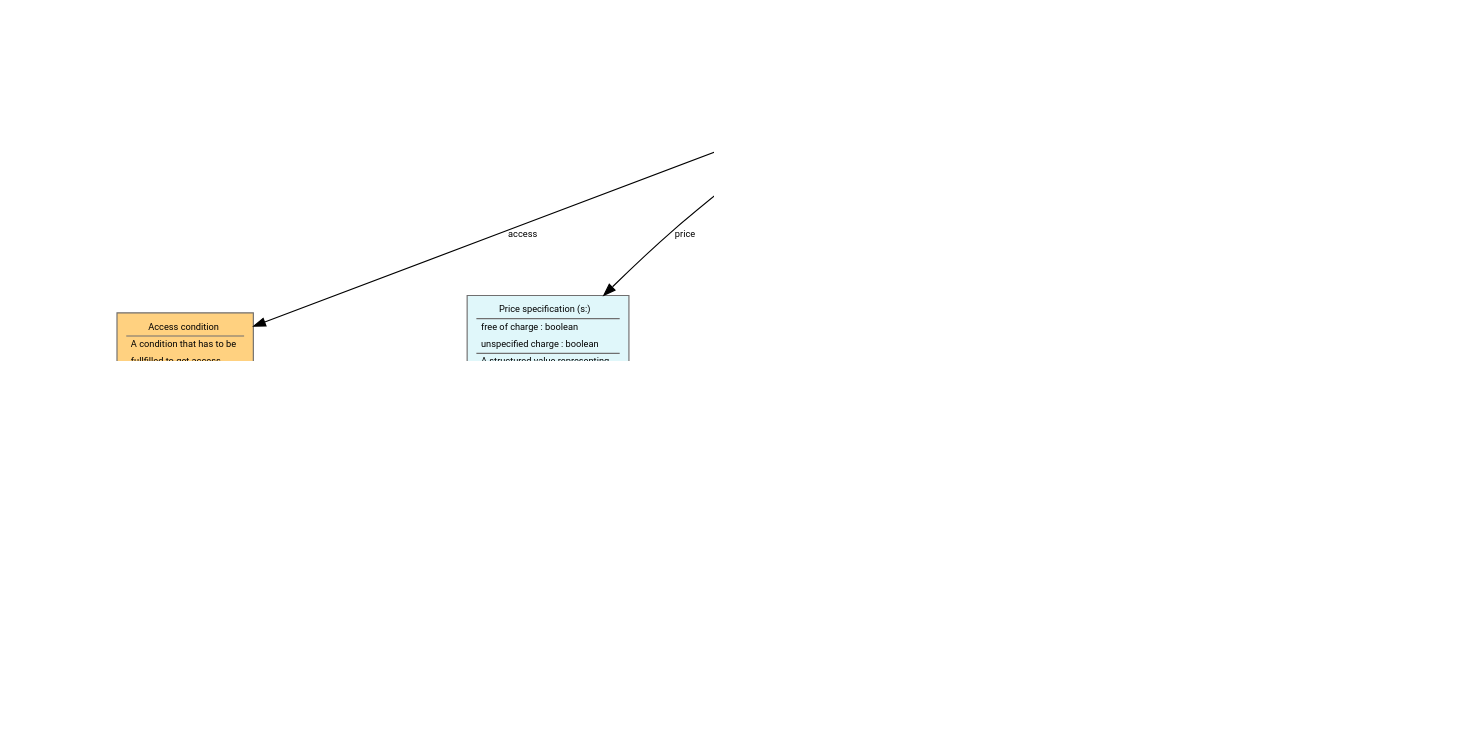
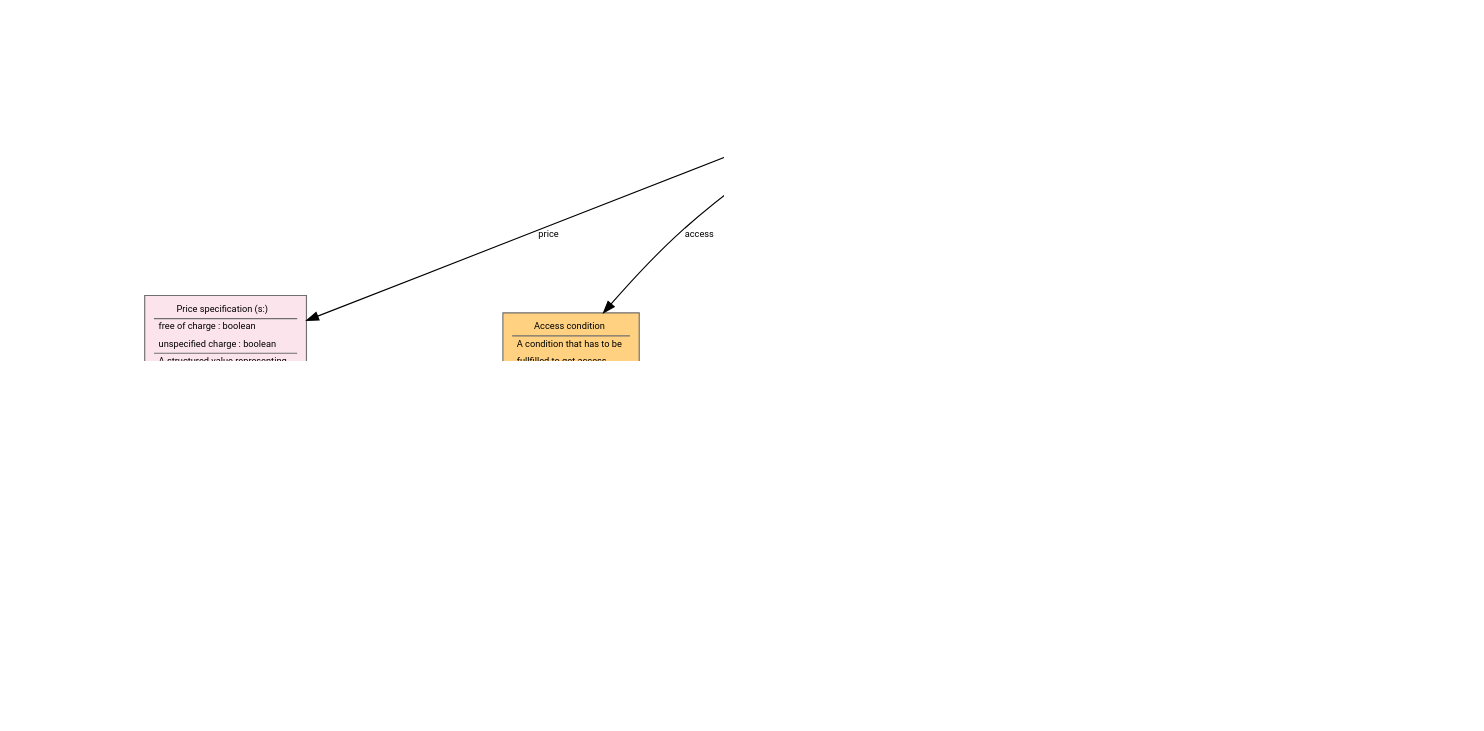
The diagram in diagrams/index.ttl.dot (vocol/mobivoc), drawn with Graphviz before and after one commit. The commit also changed 14 other files, not shown here.

```diff
--- a/diagrams/index.ttl.dot
+++ b/diagrams/index.ttl.dot
@@ -24,33 +24,33 @@
                 fontname = "Roboto"
                 fontsize = 8
         ]
+"http://schema.org/PriceSpecification" [fillcolor="#FCE4EC" fontcolor= "#000000", label=<<TABLE border="0"><TR><TD ALIGN="CENTER" HREF="http://schema.org/PriceSpecification">Price specification (s:)</TD></TR><HR/><TR><TD ALIGN="LEFT" HREF="http://schema.mobivoc.org/freeOfCharge">free of charge : boolean</TD></TR><TR><TD ALIGN="LEFT" HREF="http://schema.mobivoc.org/unspecifiedCharge">unspecified charge : boolean</TD></TR><HR/><TR><TD ALIGN="LEFT">A structured value representing</TD></TR><TR><TD ALIGN="LEFT">a price or price range for an</TD></TR><TR><TD ALIGN="LEFT">item.</TD></TR></TABLE>>]
+"http://schema.org/Vehicle" [fillcolor="#FCE4EC" fontcolor= "#000000", label=<<TABLE border="0"><TR><TD ALIGN="CENTER" HREF="http://schema.org/Vehicle">Vehicle (s:)</TD></TR><HR/><TR><TD ALIGN="LEFT">A vehicle is a device that</TD></TR><TR><TD ALIGN="LEFT">is designed or used to transport</TD></TR><TR><TD ALIGN="LEFT">people or cargo over land,</TD></TR><TR><TD ALIGN="LEFT">water, air, or through space.</TD></TR></TABLE>>]
+"http://schema.mobivoc.org/CivicStructureStatus" [fillcolor="#FFD180" fontcolor= "#000000", label=<<TABLE border="0"><TR><TD ALIGN="CENTER" HREF="http://schema.mobivoc.org/CivicStructureStatus">Civic structure status</TD></TR><HR/><TR><TD ALIGN="LEFT">Status information of a civic</TD></TR><TR><TD ALIGN="LEFT">structure.</TD></TR></TABLE>>]
+"http://schema.org/Place" [fillcolor="#FCE4EC" fontcolor= "#000000", label=<<TABLE border="0"><TR><TD ALIGN="CENTER" HREF="http://schema.org/Place">Place (s:)</TD></TR><HR/><TR><TD ALIGN="LEFT" HREF="http://www.w3.org/2003/01/geo/wgs84_pos#lat">latitude (geo:) : string</TD></TR><TR><TD ALIGN="LEFT" HREF="http://www.w3.org/2003/01/geo/wgs84_pos#long">longitude (geo:) : string</TD></TR><HR/><TR><TD ALIGN="LEFT">Entities that have a somewhat</TD></TR><TR><TD ALIGN="LEFT">fixed, physical extension.</TD></TR></TABLE>>]
+"http://schema.mobivoc.org/UserGroup" [fillcolor="#FFD180" fontcolor= "#000000", label=<<TABLE border="0"><TR><TD ALIGN="CENTER" HREF="http://schema.mobivoc.org/UserGroup">User group</TD></TR><HR/><TR><TD ALIGN="LEFT">A group of users having a</TD></TR><TR><TD ALIGN="LEFT">common characteristic.</TD></TR></TABLE>>]
+"http://schema.mobivoc.org/Action" [fillcolor="#FFD180" fontcolor= "#000000", label=<<TABLE border="0"><TR><TD ALIGN="CENTER" HREF="http://schema.mobivoc.org/Action">Action</TD></TR><HR/><TR><TD ALIGN="LEFT">Action that is done.</TD></TR></TABLE>>]
+"http://schema.org/OpeningHoursSpecification" [fillcolor="#FCE4EC" fontcolor= "#000000", label=<<TABLE border="0"><TR><TD ALIGN="CENTER" HREF="http://schema.org/OpeningHoursSpecification">Opening hours specification (s:)</TD></TR><HR/><TR><TD ALIGN="LEFT">A structured value providing</TD></TR><TR><TD ALIGN="LEFT">information about the opening</TD></TR><TR><TD ALIGN="LEFT">hours of a place or a certain</TD></TR><TR><TD ALIGN="LEFT">service inside a place.</TD></TR></TABLE>>]
 "http://schema.mobivoc.org/AccessCondition" [fillcolor="#FFD180" fontcolor= "#000000", label=<<TABLE border="0"><TR><TD ALIGN="CENTER" HREF="http://schema.mobivoc.org/AccessCondition">Access condition</TD></TR><HR/><TR><TD ALIGN="LEFT">A condition that has to be</TD></TR><TR><TD ALIGN="LEFT">fullfilled to get access</TD></TR><TR><TD ALIGN="LEFT">to a civic structure.</TD></TR></TABLE>>]
-"http://schema.mobivoc.org/Action" [fillcolor="#FFD180" fontcolor= "#000000", label=<<TABLE border="0"><TR><TD ALIGN="CENTER" HREF="http://schema.mobivoc.org/Action">Action</TD></TR><HR/><TR><TD ALIGN="LEFT">Action that is done.</TD></TR></TABLE>>]
-"http://schema.mobivoc.org/UserGroup" [fillcolor="#FFD180" fontcolor= "#000000", label=<<TABLE border="0"><TR><TD ALIGN="CENTER" HREF="http://schema.mobivoc.org/UserGroup">User group</TD></TR><HR/><TR><TD ALIGN="LEFT">A group of users having a</TD></TR><TR><TD ALIGN="LEFT">common characteristic.</TD></TR></TABLE>>]
-"http://schema.mobivoc.org/TimeSpecification" [fillcolor="#FFD180" fontcolor= "#000000", label=<<TABLE border="0"><TR><TD ALIGN="CENTER" HREF="http://schema.mobivoc.org/TimeSpecification">Time specification</TD></TR><HR/><TR><TD ALIGN="LEFT" HREF="http://schema.mobivoc.org/overnight">overnight : boolean</TD></TR><TR><TD ALIGN="LEFT" HREF="http://schema.mobivoc.org/timeUnit">time unit : string</TD></TR><TR><TD ALIGN="LEFT" HREF="http://schema.mobivoc.org/timeEndValue">time end value : float</TD></TR><TR><TD ALIGN="LEFT" HREF="http://schema.mobivoc.org/timeStartValue">time start value : float</TD></TR><HR/><TR><TD ALIGN="LEFT">Specific time a price specification</TD></TR><TR><TD ALIGN="LEFT">is due for.</TD></TR></TABLE>>]
-"http://schema.org/CivicStructure" [fillcolor="#E0F7FA" fontcolor= "#000000", label=<<TABLE border="0"><TR><TD ALIGN="CENTER" HREF="http://schema.org/CivicStructure">Civic structure (s:)</TD></TR><HR/><TR><TD ALIGN="LEFT" HREF="http://schema.mobivoc.org/id">ID : string</TD></TR><TR><TD ALIGN="LEFT" HREF="http://schema.mobivoc.org/vehicleWidthLimitInM">vehicle width limit : decimal</TD></TR><TR><TD ALIGN="LEFT" HREF="http://schema.mobivoc.org/vehicleLengthLimitInM">vehicle length limit : decimal</TD></TR><TR><TD ALIGN="LEFT" HREF="http://schema.mobivoc.org/picture">picture : string</TD></TR><TR><TD ALIGN="LEFT" HREF="http://schema.mobivoc.org/vehicleHeightLimitInM">vechicle height limit : decimal</TD></TR><TR><TD ALIGN="LEFT" HREF="http://schema.mobivoc.org/name">name : string</TD></TR><TR><TD ALIGN="LEFT" HREF="http://schema.mobivoc.org/additionalInformation">additional information : string</TD></TR><HR/><TR><TD ALIGN="LEFT">A public structure, such as a town</TD></TR><TR><TD ALIGN="LEFT">hall or concert hall, parking facility</TD></TR><TR><TD ALIGN="LEFT">or charging point.</TD></TR></TABLE>>]
-"http://schema.mobivoc.org/CivicStructureStatus" [fillcolor="#FFD180" fontcolor= "#000000", label=<<TABLE border="0"><TR><TD ALIGN="CENTER" HREF="http://schema.mobivoc.org/CivicStructureStatus">Civic structure status</TD></TR><HR/><TR><TD ALIGN="LEFT">Status information of a civic</TD></TR><TR><TD ALIGN="LEFT">structure.</TD></TR></TABLE>>]
-"http://schema.org/Vehicle" [fillcolor="#E0F7FA" fontcolor= "#000000", label=<<TABLE border="0"><TR><TD ALIGN="CENTER" HREF="http://schema.org/Vehicle">Vehicle (s:)</TD></TR><HR/><TR><TD ALIGN="LEFT">A vehicle is a device that</TD></TR><TR><TD ALIGN="LEFT">is designed or used to transport</TD></TR><TR><TD ALIGN="LEFT">people or cargo over land,</TD></TR><TR><TD ALIGN="LEFT">water, air, or through space.</TD></TR></TABLE>>]
-"http://schema.org/PaymentMethod" [fillcolor="#E0F7FA" fontcolor= "#000000", label=<<TABLE border="0"><TR><TD ALIGN="CENTER" HREF="http://schema.org/PaymentMethod">Payment method (s:)</TD></TR><HR/><TR><TD ALIGN="LEFT">A payment method is a standardized</TD></TR><TR><TD ALIGN="LEFT">procedure for transferring</TD></TR><TR><TD ALIGN="LEFT">the monetary amount for a</TD></TR><TR><TD ALIGN="LEFT">purchase. Payment methods</TD></TR><TR><TD ALIGN="LEFT">are characterized by the</TD></TR><TR><TD ALIGN="LEFT">legal and technical structures</TD></TR><TR><TD ALIGN="LEFT">used, and by the organization</TD></TR><TR><TD ALIGN="LEFT">or group carrying out the</TD></TR><TR><TD ALIGN="LEFT">transaction.</TD></TR></TABLE>>]
-"http://schema.org/Place" [fillcolor="#E0F7FA" fontcolor= "#000000", label=<<TABLE border="0"><TR><TD ALIGN="CENTER" HREF="http://schema.org/Place">Place (s:)</TD></TR><HR/><TR><TD ALIGN="LEFT" HREF="http://www.w3.org/2003/01/geo/wgs84_pos#lat">latitude (geo:) : string</TD></TR><TR><TD ALIGN="LEFT" HREF="http://www.w3.org/2003/01/geo/wgs84_pos#long">longitude (geo:) : string</TD></TR><HR/><TR><TD ALIGN="LEFT">Entities that have a somewhat</TD></TR><TR><TD ALIGN="LEFT">fixed, physical extension.</TD></TR></TABLE>>]
-"http://schema.org/OpeningHoursSpecification" [fillcolor="#E0F7FA" fontcolor= "#000000", label=<<TABLE border="0"><TR><TD ALIGN="CENTER" HREF="http://schema.org/OpeningHoursSpecification">Opening hours specification (s:)</TD></TR><HR/><TR><TD ALIGN="LEFT">A structured value providing</TD></TR><TR><TD ALIGN="LEFT">information about the opening</TD></TR><TR><TD ALIGN="LEFT">hours of a place or a certain</TD></TR><TR><TD ALIGN="LEFT">service inside a place.</TD></TR></TABLE>>]
-"http://schema.org/PriceSpecification" [fillcolor="#E0F7FA" fontcolor= "#000000", label=<<TABLE border="0"><TR><TD ALIGN="CENTER" HREF="http://schema.org/PriceSpecification">Price specification (s:)</TD></TR><HR/><TR><TD ALIGN="LEFT" HREF="http://schema.mobivoc.org/freeOfCharge">free of charge : boolean</TD></TR><TR><TD ALIGN="LEFT" HREF="http://schema.mobivoc.org/unspecifiedCharge">unspecified charge : boolean</TD></TR><HR/><TR><TD ALIGN="LEFT">A structured value representing</TD></TR><TR><TD ALIGN="LEFT">a price or price range for an</TD></TR><TR><TD ALIGN="LEFT">item.</TD></TR></TABLE>>]
-"http://schema.org/PostalAddress" [fillcolor="#E0F7FA" fontcolor= "#000000", label=<<TABLE border="0"><TR><TD ALIGN="CENTER" HREF="http://schema.org/PostalAddress">Postal address (s:)</TD></TR><HR/><TR><TD ALIGN="LEFT">The mailing address.</TD></TR></TABLE>>]
+"http://schema.org/CivicStructure" [fillcolor="#FCE4EC" fontcolor= "#000000", label=<<TABLE border="0"><TR><TD ALIGN="CENTER" HREF="http://schema.org/CivicStructure">Civic structure (s:)</TD></TR><HR/><TR><TD ALIGN="LEFT" HREF="http://schema.mobivoc.org/id">ID : string</TD></TR><TR><TD ALIGN="LEFT" HREF="http://schema.mobivoc.org/additionalInformation">additional information : string</TD></TR><TR><TD ALIGN="LEFT" HREF="http://schema.mobivoc.org/name">name : string</TD></TR><TR><TD ALIGN="LEFT" HREF="http://schema.mobivoc.org/picture">picture : string</TD></TR><TR><TD ALIGN="LEFT" HREF="http://schema.mobivoc.org/vehicleHeightLimitInM">vechicle height limit : decimal</TD></TR><TR><TD ALIGN="LEFT" HREF="http://schema.mobivoc.org/vehicleLengthLimitInM">vehicle length limit : decimal</TD></TR><TR><TD ALIGN="LEFT" HREF="http://schema.mobivoc.org/vehicleWidthLimitInM">vehicle width limit : decimal</TD></TR><HR/><TR><TD ALIGN="LEFT">A public structure, such as a town</TD></TR><TR><TD ALIGN="LEFT">hall or concert hall, parking facility</TD></TR><TR><TD ALIGN="LEFT">or charging point.</TD></TR></TABLE>>]
+"http://schema.mobivoc.org/TimeSpecification" [fillcolor="#FFD180" fontcolor= "#000000", label=<<TABLE border="0"><TR><TD ALIGN="CENTER" HREF="http://schema.mobivoc.org/TimeSpecification">Time specification</TD></TR><HR/><TR><TD ALIGN="LEFT" HREF="http://schema.mobivoc.org/overnight">overnight : boolean</TD></TR><TR><TD ALIGN="LEFT" HREF="http://schema.mobivoc.org/timeEndValue">time end value : float</TD></TR><TR><TD ALIGN="LEFT" HREF="http://schema.mobivoc.org/timeStartValue">time start value : float</TD></TR><TR><TD ALIGN="LEFT" HREF="http://schema.mobivoc.org/timeUnit">time unit : string</TD></TR><HR/><TR><TD ALIGN="LEFT">Specific time a price specification</TD></TR><TR><TD ALIGN="LEFT">is due for.</TD></TR></TABLE>>]
+"http://schema.org/PaymentMethod" [fillcolor="#FCE4EC" fontcolor= "#000000", label=<<TABLE border="0"><TR><TD ALIGN="CENTER" HREF="http://schema.org/PaymentMethod">Payment method (s:)</TD></TR><HR/><TR><TD ALIGN="LEFT">A payment method is a standardized</TD></TR><TR><TD ALIGN="LEFT">procedure for transferring</TD></TR><TR><TD ALIGN="LEFT">the monetary amount for a</TD></TR><TR><TD ALIGN="LEFT">purchase. Payment methods</TD></TR><TR><TD ALIGN="LEFT">are characterized by the</TD></TR><TR><TD ALIGN="LEFT">legal and technical structures</TD></TR><TR><TD ALIGN="LEFT">used, and by the organization</TD></TR><TR><TD ALIGN="LEFT">or group carrying out the</TD></TR><TR><TD ALIGN="LEFT">transaction.</TD></TR></TABLE>>]
+"http://schema.org/PostalAddress" [fillcolor="#FCE4EC" fontcolor= "#000000", label=<<TABLE border="0"><TR><TD ALIGN="CENTER" HREF="http://schema.org/PostalAddress">Postal address (s:)</TD></TR><HR/><TR><TD ALIGN="LEFT">The mailing address.</TD></TR></TABLE>>]
+"http://schema.mobivoc.org/AccessCondition" -> "http://schema.mobivoc.org/Action" [href="http://schema.mobivoc.org/action", label="action"]
+"http://schema.org/PriceSpecification" -> "http://schema.mobivoc.org/TimeSpecification" [href="http://schema.mobivoc.org/dueForTime", label="due for time"]
+"http://schema.org/CivicStructure" -> "http://schema.mobivoc.org/AccessCondition" [href="http://schema.mobivoc.org/access", label="access"]
+"http://schema.org/CivicStructure" -> "http://schema.org/OpeningHoursSpecification" [href="http://schema.org/openingHoursSpecification", label="opening hours specification (s:)"]
+"http://schema.mobivoc.org/AccessCondition" -> "http://schema.org/Vehicle" [href="http://schema.mobivoc.org/restrictedToVehicleType", label="restricted to vehicle type"]
+"http://schema.mobivoc.org/AccessCondition" -> "http://schema.mobivoc.org/UserGroup" [href="http://schema.mobivoc.org/restrictedToGroup", label="restricted to user group"]
 "http://schema.mobivoc.org/UserGroup" -> "http://purl.org/goodrelations/v1#BusinessEntity" [href="http://schema.mobivoc.org/customerOf", label="customer of
 employee of"]
-"http://schema.mobivoc.org/AccessCondition" -> "http://schema.org/Vehicle" [href="http://schema.mobivoc.org/restrictedToVehicleType", label="restricted to vehicle type"]
-"http://schema.org/PriceSpecification" -> "http://schema.mobivoc.org/UserGroup" [href="http://schema.mobivoc.org/validForGroup", label="valid for user group"]
-"http://schema.org/PriceSpecification" -> "http://schema.mobivoc.org/TimeSpecification" [href="http://schema.mobivoc.org/dueForTime", label="due for time"]
-"http://schema.org/PriceSpecification" -> "http://schema.org/Vehicle" [href="http://schema.mobivoc.org/validForVehicle", label="valid for vehicle"]
+"http://schema.org/CivicStructure" -> "http://schema.mobivoc.org/CivicStructureStatus" [href="http://schema.mobivoc.org/civicStructureStatus", label="civic structure status"]
 "http://schema.org/Place" -> "http://schema.org/PostalAddress" [href="http://schema.org/address", label="address (s:)"]
+"http://schema.org/CivicStructure" -> "http://schema.org/PaymentMethod" [href="http://schema.org/acceptedPaymentMethod", label="accepted payment method (s:)"]
 "http://schema.org/CivicStructure" -> "http://purl.org/goodrelations/v1#BusinessEntity" [href="http://schema.mobivoc.org/operatedBy", label="operated by
 owned by"]
-"http://schema.org/CivicStructure" -> "http://schema.mobivoc.org/AccessCondition" [href="http://schema.mobivoc.org/access", label="access"]
-"http://schema.org/CivicStructure" -> "http://schema.mobivoc.org/CivicStructureStatus" [href="http://schema.mobivoc.org/civicStructureStatus", label="civic structure status"]
+"http://schema.org/PriceSpecification" -> "http://schema.org/Vehicle" [href="http://schema.mobivoc.org/validForVehicle", label="valid for vehicle"]
 "http://schema.org/CivicStructure" -> "http://schema.org/PriceSpecification" [href="http://schema.mobivoc.org/price", label="price"]
-"http://schema.mobivoc.org/AccessCondition" -> "http://schema.mobivoc.org/Action" [href="http://schema.mobivoc.org/action", label="action"]
-"http://schema.org/CivicStructure" -> "http://schema.org/PaymentMethod" [href="http://schema.org/acceptedPaymentMethod", label="accepted payment method (s:)"]
-"http://schema.mobivoc.org/AccessCondition" -> "http://schema.mobivoc.org/UserGroup" [href="http://schema.mobivoc.org/restrictedToGroup", label="restricted to user group"]
-"http://schema.org/CivicStructure" -> "http://schema.org/OpeningHoursSpecification" [href="http://schema.org/openingHoursSpecification", label="opening hours specification (s:)"]
+"http://schema.org/PriceSpecification" -> "http://schema.mobivoc.org/UserGroup" [href="http://schema.mobivoc.org/validForGroup", label="valid for user group"]
 "http://schema.org/CivicStructure" -> "http://schema.org/Place" [arrowhead = "empty"]
 }
```
